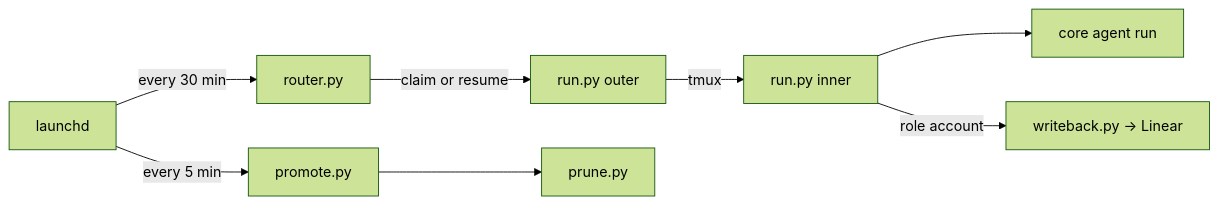
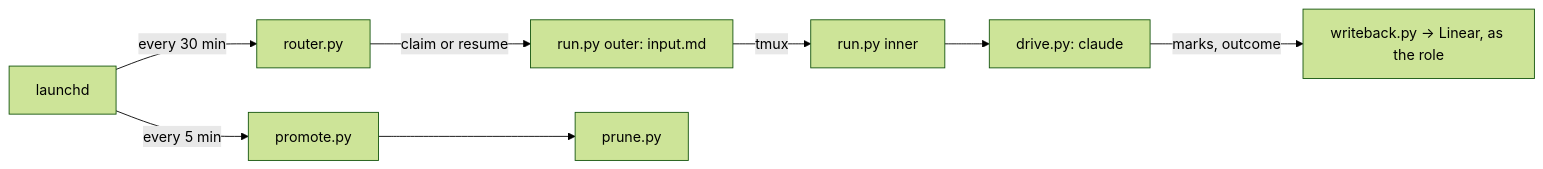
Before and after one commit to ophis/agent-pm: the third of 3 diagrams in README.md, drawn with Mermaid (forest theme). The commit also changed other lines of this file and 14 other files, not shown here.

````diff
--- a/README.md
+++ b/README.md
@@ -123,7 +66,6 @@
 ```mermaid
 flowchart LR
-    L[launchd] -->|every 30 min| R[router.py] -->|claim or resume| O[run.py outer] -->|tmux| I[run.py inner]
-    I --> C[core agent run]
-    I -->|role account| W[writeback.py → Linear]
+    L[launchd] -->|every 30 min| R[router.py] -->|claim or resume| O["run.py outer: input.md"] -->|tmux| I[run.py inner]
+    I --> D["drive.py: claude"] -->|"marks, outcome"| W["writeback.py → Linear, as the role"]
     L -->|every 5 min| P[promote.py] --> X[prune.py]
 ```
````
